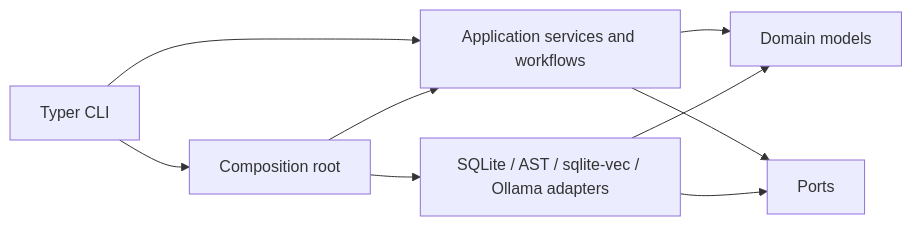
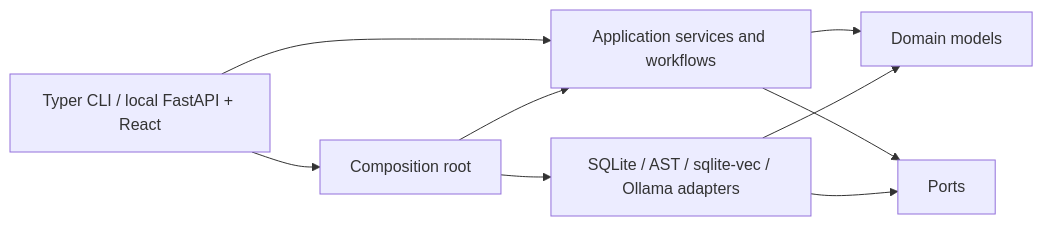
The diagram in docs/architecture.md (Furkan-rgb/arch_compass), drawn with Mermaid before and after one commit. The commit also changed other lines of this file and 101 other files, not shown here.

````diff
--- a/docs/architecture.md
+++ b/docs/architecture.md
@@ -11,11 +11,11 @@
 ```mermaid
 flowchart LR
-    CLI[Typer CLI] --> BOOT[Composition root]
-    CLI --> APP[Application services and workflows]
+    PRESENTATION[Typer CLI / local FastAPI + React] --> BOOT[Composition root]
+    PRESENTATION --> APP[Application services and workflows]
     APP --> DOMAIN[Domain models]
     APP --> PORTS[Ports]
     ADAPTERS[SQLite / AST / sqlite-vec / Ollama adapters] --> PORTS
     ADAPTERS --> DOMAIN
     BOOT --> APP
     BOOT --> ADAPTERS
 ```
````
